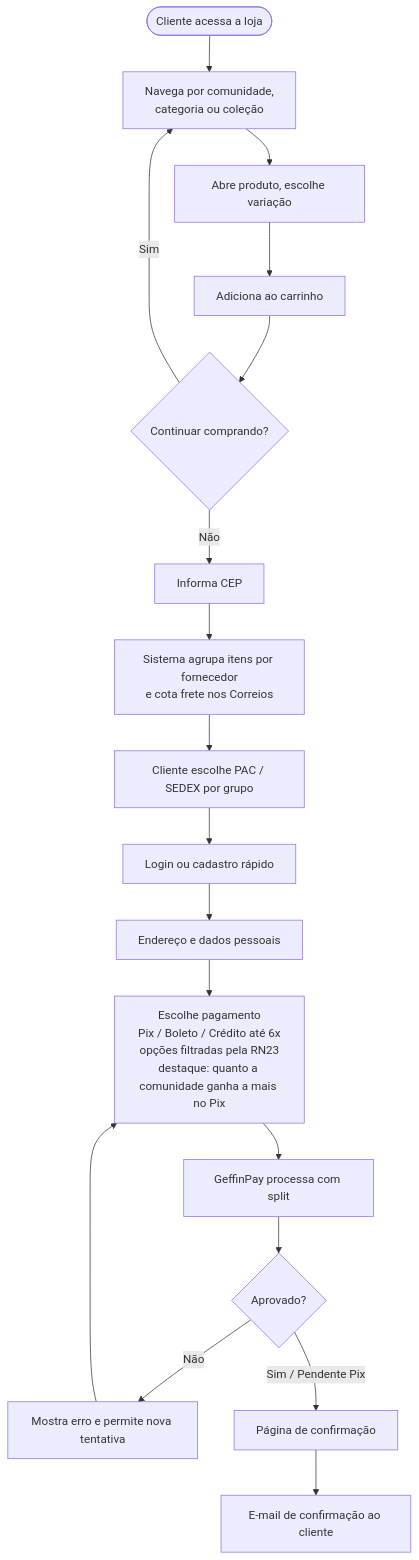
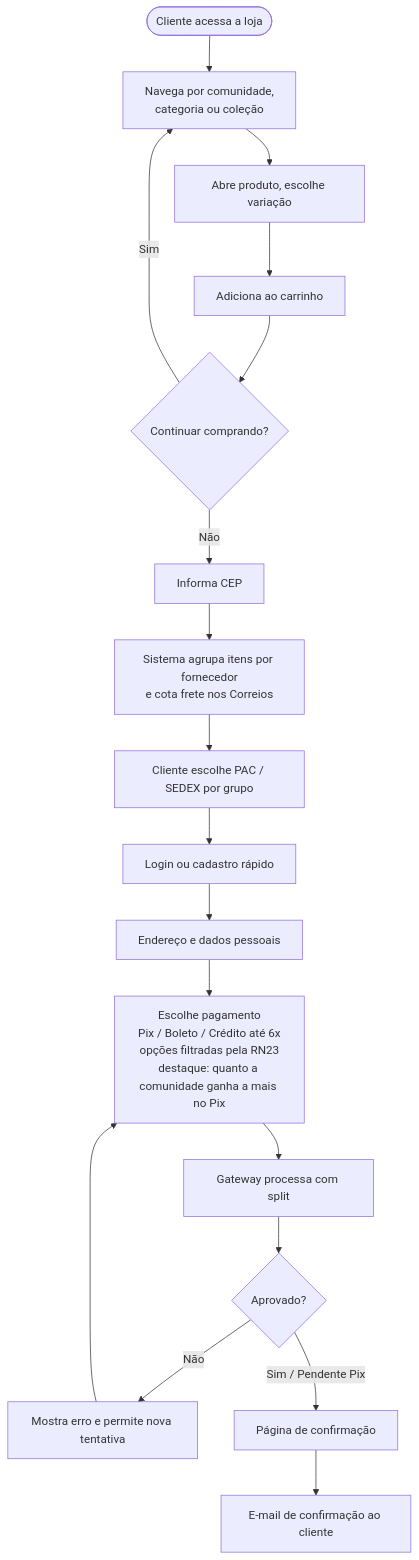
Before and after one commit to BdsOliveira/loja-tech-brasil: the ninth of 29 diagrams in modelo-de-negocios.md, drawn with Mermaid. The commit also changed other lines of this file, not shown here.

Commit message:
docs: substitui marca do gateway de pagamento por termo genérico

````diff
--- a/modelo-de-negocios.md
+++ b/modelo-de-negocios.md
@@ -496,19 +496,19 @@
 ```mermaid
 flowchart TD
     A([Cliente acessa a loja]) --> B[Navega por comunidade,<br/>categoria ou coleção]
     B --> C[Abre produto, escolhe variação]
     C --> D[Adiciona ao carrinho]
     D --> E{Continuar comprando?}
     E -- Sim --> B
     E -- Não --> F[Informa CEP]
     F --> G[Sistema agrupa itens por fornecedor<br/>e cota frete nos Correios]
     G --> H[Cliente escolhe PAC / SEDEX por grupo]
     H --> I[Login ou cadastro rápido]
     I --> J[Endereço e dados pessoais]
     J --> K[Escolhe pagamento<br/>Pix / Boleto / Crédito até 6x<br/>opções filtradas pela RN23<br/>destaque: quanto a comunidade ganha a mais no Pix]
-    K --> L[GeffinPay processa com split]
+    K --> L[Gateway processa com split]
     L --> M{Aprovado?}
     M -- Não --> N[Mostra erro e permite nova tentativa] --> K
     M -- Sim / Pendente Pix --> O[Página de confirmação]
     O --> P[E-mail de confirmação ao cliente]
 ```
````
